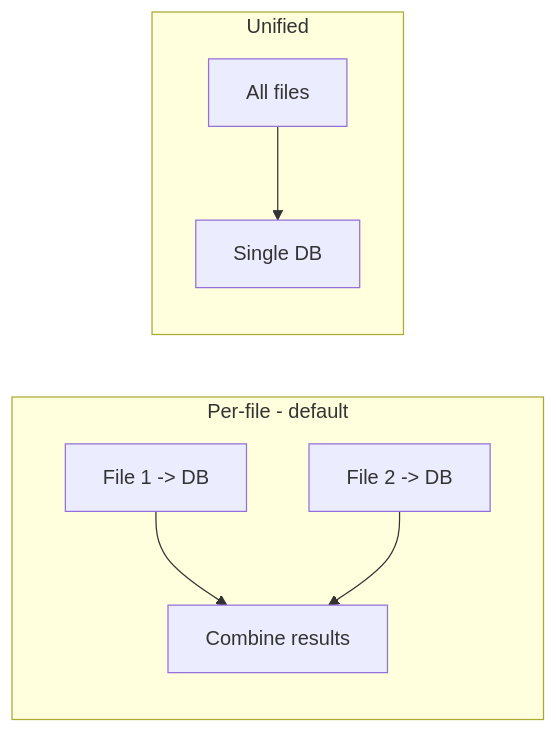
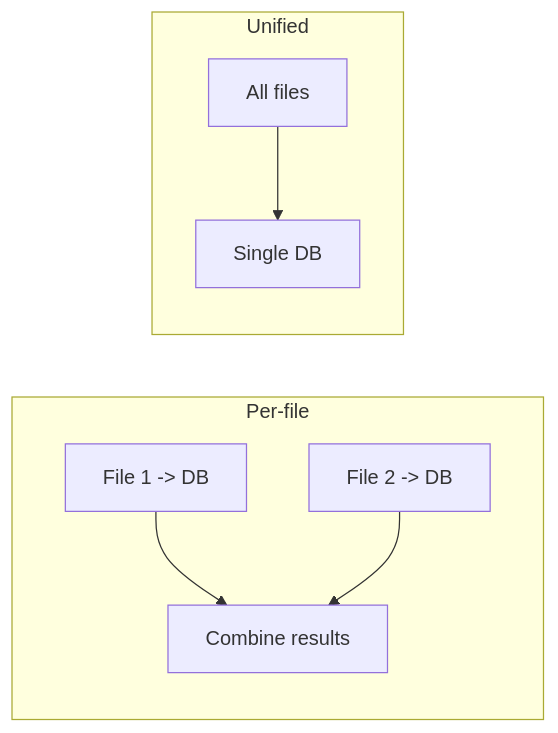
Before and after one commit to wagga40/Zircolite: the third of 3 diagrams in docs/Internals.md, drawn with Mermaid. The commit also changed other lines of this file and 11 other files, not shown here.

````diff
--- a/docs/Internals.md
+++ b/docs/Internals.md
@@ -170,11 +167,11 @@
 ```mermaid
 flowchart LR
-    subgraph PerFile[Per-file - default]
+    subgraph PerFile[Per-file]
         P1[File 1 -> DB] --> P3[Combine results]
         P2[File 2 -> DB] --> P3
     end
 
     subgraph Unified[Unified]
         U1[All files] --> U2[Single DB]
     end
 ```
````
